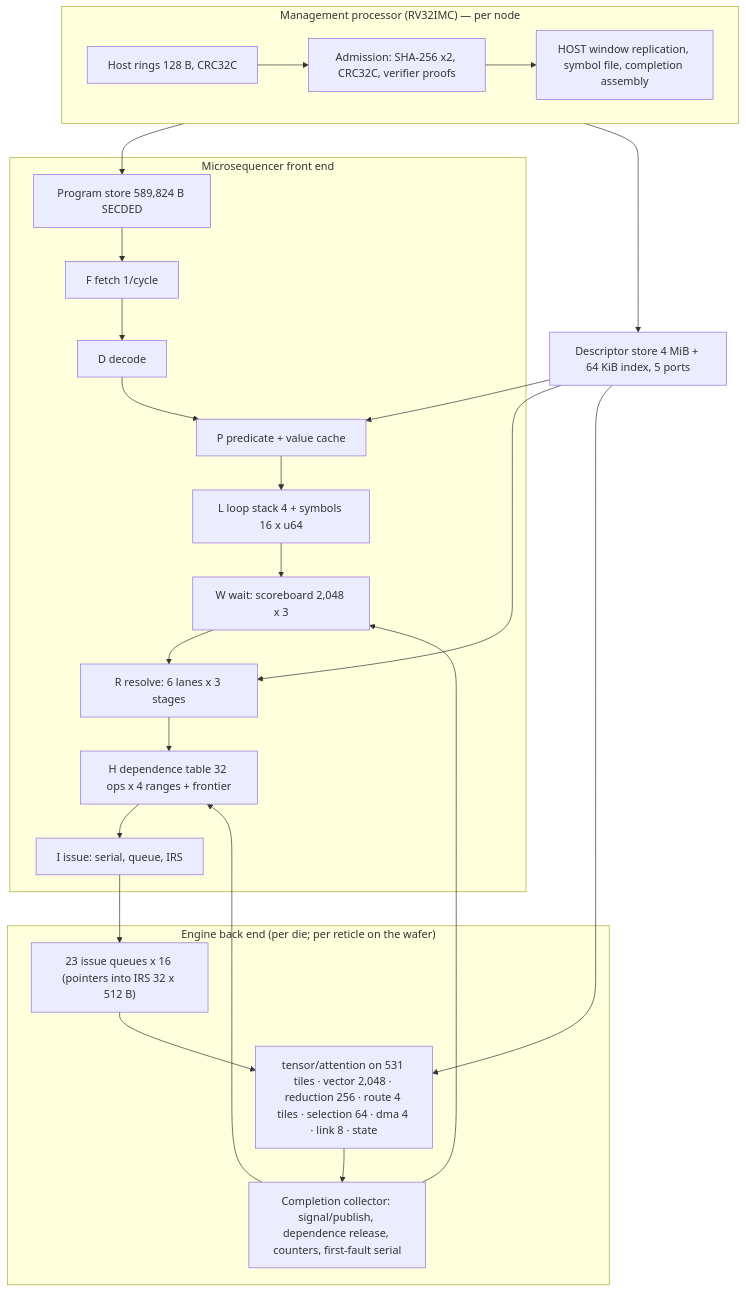
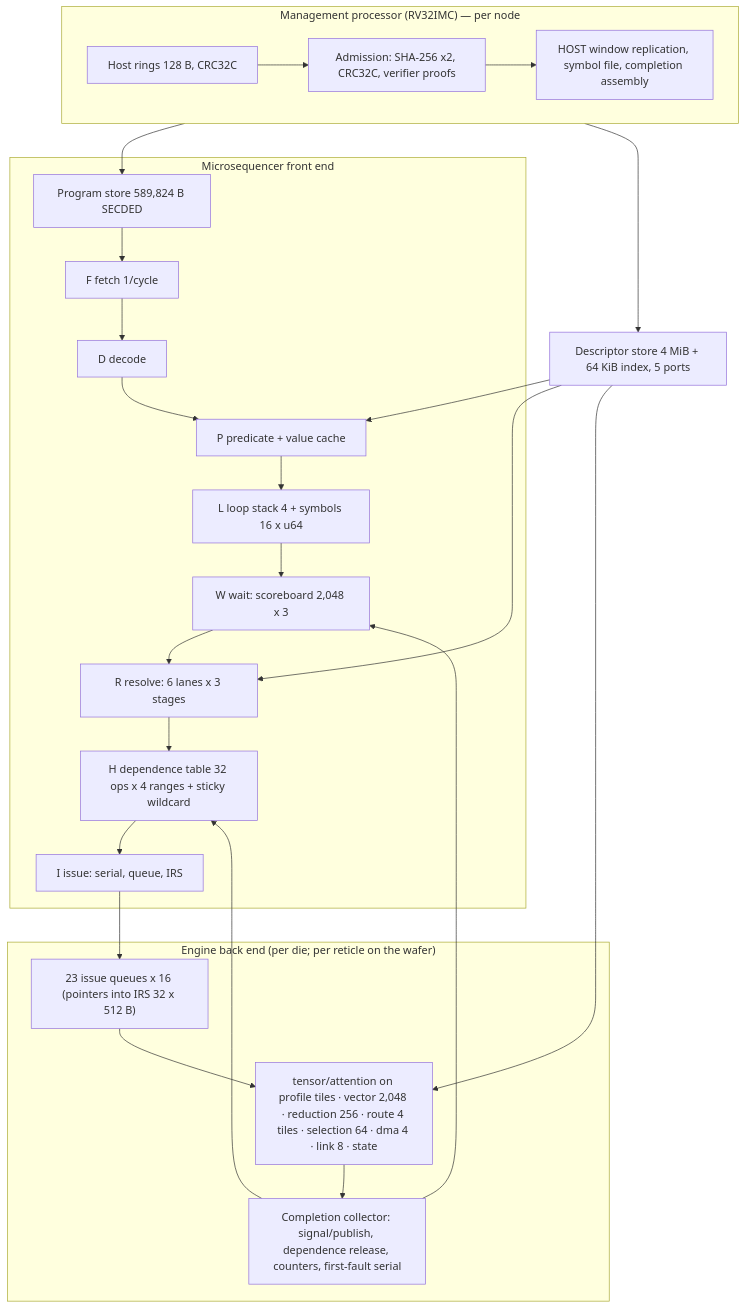
The first of 3 diagrams in docs/CHIP_ARCHITECTURE_DESIGN.md (bojieli/OpenTallas), drawn with Mermaid before and after one commit. The commit also changed other lines of this file and 2 other files, not shown here.

Commit message:
docs(architecture): reconcile execution contract and retire unsupported chip rates

````diff
--- a/docs/CHIP_ARCHITECTURE_DESIGN.md
+++ b/docs/CHIP_ARCHITECTURE_DESIGN.md
@@ -146,24 +137,24 @@
 ```mermaid
 flowchart TB
   subgraph MGMT["Management processor (RV32IMC) — per node"]
     HQ["Host rings 128 B, CRC32C"] --> ADM["Admission: SHA-256 x2, CRC32C, verifier proofs"]
     ADM --> WIN["HOST window replication, symbol file, completion assembly"]
   end
   subgraph FE["Microsequencer front end"]
     PS["Program store 589,824 B SECDED"] --> IF["F fetch 1/cycle"] --> DEC["D decode"] --> PRED["P predicate + value cache"]
     PRED --> LS["L loop stack 4 + symbols 16 x u64"] --> WAIT["W wait: scoreboard 2,048 x 3"]
-    WAIT --> RES["R resolve: 6 lanes x 3 stages"] --> DEP["H dependence table 32 ops x 4 ranges + frontier"] --> ISS["I issue: serial, queue, IRS"]
+    WAIT --> RES["R resolve: 6 lanes x 3 stages"] --> DEP["H dependence table 32 ops x 4 ranges + sticky wildcard"] --> ISS["I issue: serial, queue, IRS"]
   end
   DS["Descriptor store 4 MiB + 64 KiB index, 5 ports"] --> PRED
   DS --> RES
   DS --> ENG
   subgraph BE["Engine back end (per die; per reticle on the wafer)"]
-    Q["23 issue queues x 16 (pointers into IRS 32 x 512 B)"] --> ENG["tensor/attention on 531 tiles · vector 2,048 · reduction 256 · route 4 tiles · selection 64 · dma 4 · link 8 · state"]
+    Q["23 issue queues x 16 (pointers into IRS 32 x 512 B)"] --> ENG["tensor/attention on profile tiles · vector 2,048 · reduction 256 · route 4 tiles · selection 64 · dma 4 · link 8 · state"]
     ENG --> CPL["Completion collector: signal/publish, dependence release, counters, first-fault serial"]
   end
   ISS --> Q
   CPL --> WAIT
   CPL --> DEP
   MGMT --> PS
   MGMT --> DS
 ```
````
